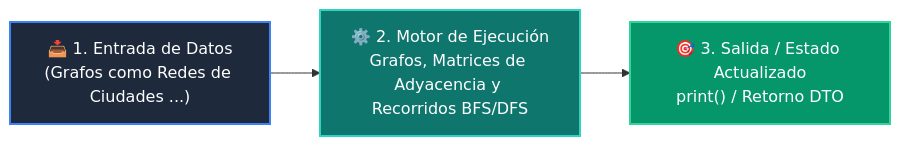
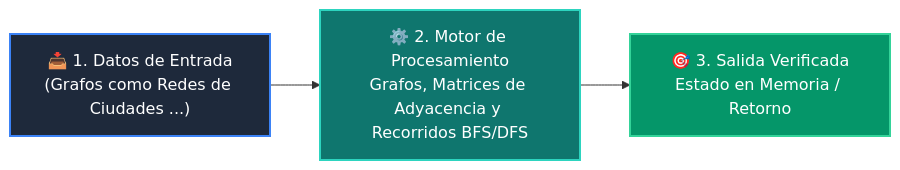
The diagram in 02-algoritmos-estructuras/clase-07-grafos-y-recorridos/README.md (wisrovi/wisrovi-python), drawn with Mermaid before and after one commit. The commit also changed other lines of this file and 226 other files, not shown here.

Commit message:
docs: elevate all repository READMEs to world-class mastery standard with rich pedagogical architecture, custom Mermaids, and professional styling

````diff
--- a/02-algoritmos-estructuras/clase-07-grafos-y-recorridos/README.md
+++ b/02-algoritmos-estructuras/clase-07-grafos-y-recorridos/README.md
@@ -12,9 +26,9 @@
 ```mermaid
 flowchart LR
-    A["📥 1. Entrada de Datos<br/>(Grafos como Redes de Ciudades ...)"] --> B["⚙️ 2. Motor de Ejecución<br/>Grafos, Matrices de Adyacencia y Recorridos BFS/DFS"]
-    B --> C["🎯 3. Salida / Estado Actualizado<br/>print() / Retorno DTO"]
+    IN["📥 1. Datos de Entrada<br/>(Grafos como Redes de Ciudades ...)"] --> ENG["⚙️ 2. Motor de Procesamiento<br/>Grafos, Matrices de Adyacencia y Recorridos BFS/DFS"]
+    ENG --> OUT["🎯 3. Salida Verificada<br/>Estado en Memoria / Retorno"]
 
-    style A fill:#1e293b,color:#ffffff,stroke:#3b82f6,stroke-width:2px
-    style B fill:#0f766e,color:#ffffff,stroke:#2dd4bf,stroke-width:2px
-    style C fill:#059669,color:#ffffff,stroke:#34d399,stroke-width:2px
+    style IN fill:#1e293b,color:#ffffff,stroke:#3b82f6,stroke-width:2px
+    style ENG fill:#0f766e,color:#ffffff,stroke:#2dd4bf,stroke-width:2px
+    style OUT fill:#059669,color:#ffffff,stroke:#34d399,stroke-width:2px
 ```
````
